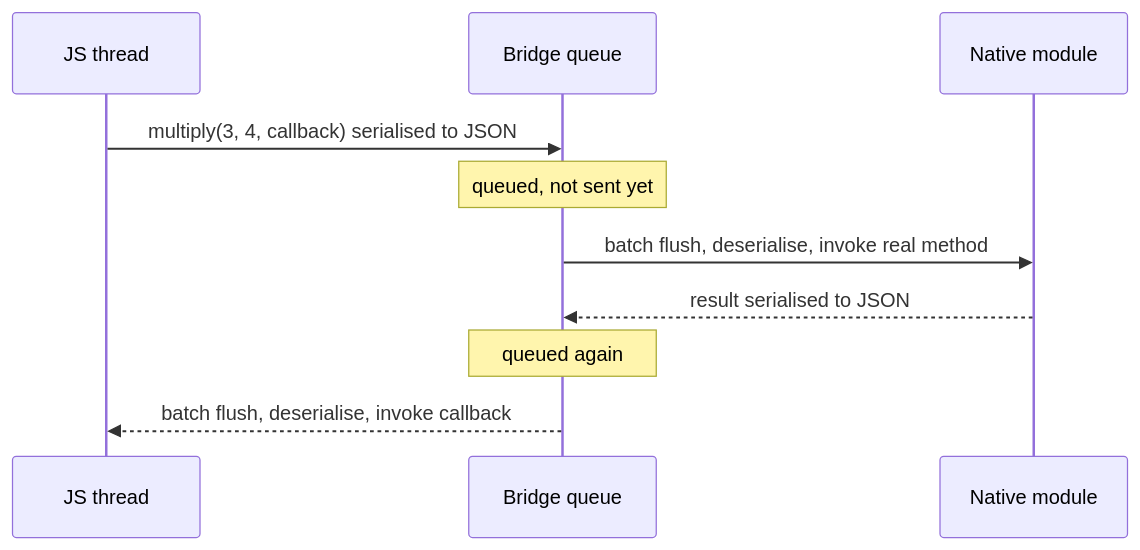
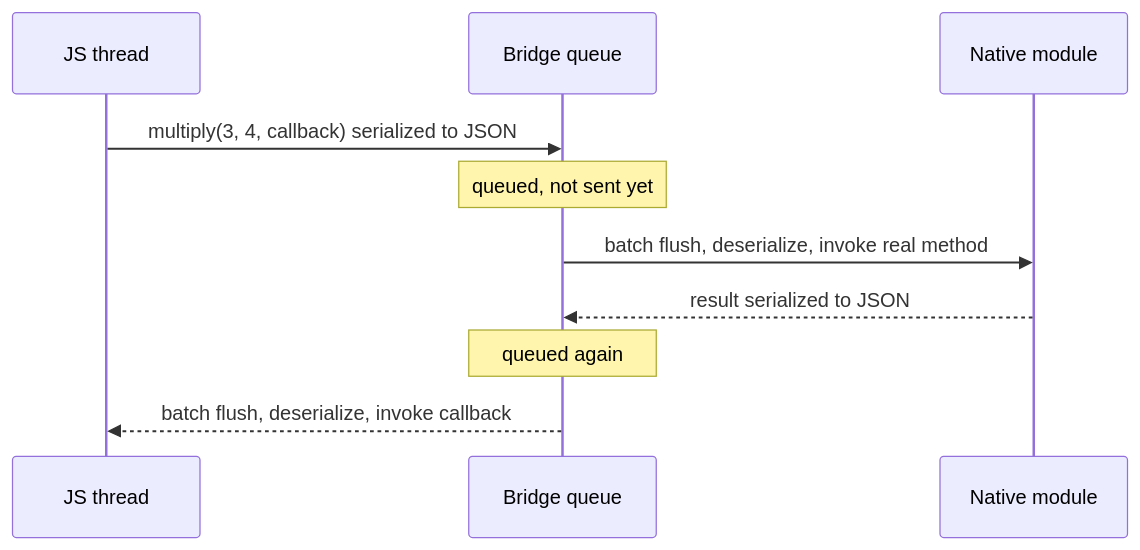
Before and after one commit to Sri-Bhat/Frontend-Interview-Handbook: the second of 6 diagrams in react-native-v2/02-architecture-bridge-to-new-architecture.md, drawn with Mermaid. The commit also changed other lines of this file, not shown here.

First line of the commit message:
Revise architecture documentation for clarity and accuracy

````diff
--- a/react-native-v2/02-architecture-bridge-to-new-architecture.md
+++ b/react-native-v2/02-architecture-bridge-to-new-architecture.md
@@ -88,12 +88,12 @@
 ```mermaid
 sequenceDiagram
   participant JS as JS thread
   participant B as Bridge queue
   participant N as Native module
-  JS->>B: multiply(3, 4, callback) serialised to JSON
+  JS->>B: multiply(3, 4, callback) serialized to JSON
   Note over B: queued, not sent yet
-  B->>N: batch flush, deserialise, invoke real method
-  N-->>B: result serialised to JSON
+  B->>N: batch flush, deserialize, invoke real method
+  N-->>B: result serialized to JSON
   Note over B: queued again
-  B-->>JS: batch flush, deserialise, invoke callback
+  B-->>JS: batch flush, deserialize, invoke callback
 ```
````
